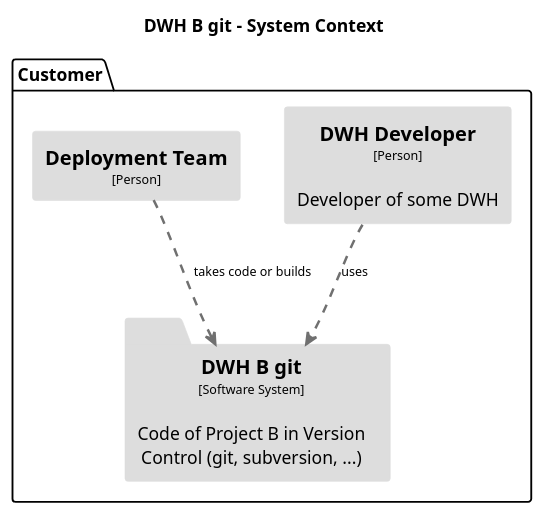
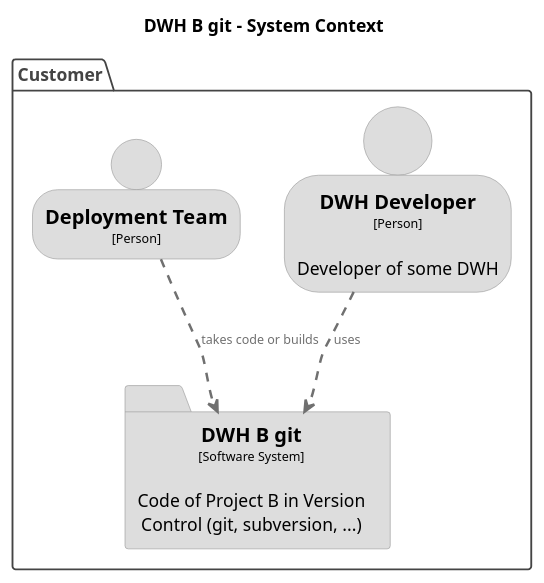
One commit to DataHandwerk/dhw-antora-docs changed the diagram in docs/modules/arc/partials/c4_dsl/puml/structurizr-DWHBgit-SystemContext.puml. Above: the diagram before and after it, drawn with PlantUML. The commit also changed 20 other files, not shown here.

Commit message:
update architecture a bit

```diff
--- a/docs/modules/arc/partials/c4_dsl/puml/structurizr-DWHBgit-SystemContext.puml
+++ b/docs/modules/arc/partials/c4_dsl/puml/structurizr-DWHBgit-SystemContext.puml
@@ -1,35 +1,44 @@
-@startuml(id=DWHBgit-SystemContext)
+@startuml
 title DWH B git - System Context
+
+top to bottom direction
 
 skinparam {
   shadowing false
   arrowFontSize 10
   defaultTextAlignment center
   wrapWidth 200
   maxMessageSize 100
 }
+
 hide stereotype
-top to bottom direction
-skinparam rectangle<<1>> {
+
+skinparam folder<<DWHBgit>> {
   BackgroundColor #dddddd
   FontColor #000000
-  BorderColor #dddddd
+  BorderColor #9a9a9a
 }
-skinparam rectangle<<2>> {
+skinparam person<<DWHDeveloper>> {
   BackgroundColor #dddddd
   FontColor #000000
-  BorderColor #dddddd
+  BorderColor #9a9a9a
 }
-skinparam folder<<30>> {
+skinparam person<<DeploymentTeam>> {
   BackgroundColor #dddddd
   FontColor #000000
-  BorderColor #dddddd
+  BorderColor #9a9a9a
 }
-package "Customer" {
-  rectangle "==DWH Developer\n<size:10>[Person]</size>\n\nDeveloper of some DWH" <<1>> as 1
-  rectangle "==Deployment Team\n<size:10>[Person]</size>" <<2>> as 2
-  folder "==DWH B git\n<size:10>[Software System]</size>\n\nCode of Project B in Version Control (git, subversion, ...)" <<30>> as 30
+
+package "Customer" <<enterprise>> {
+  skinparam PackageBorderColor<<enterprise>> #444444
+  skinparam PackageFontColor<<enterprise>> #444444
+
+  person "==DWH Developer\n<size:10>[Person]</size>\n\nDeveloper of some DWH" <<DWHDeveloper>> as DWHDeveloper
+  person "==Deployment Team\n<size:10>[Person]</size>" <<DeploymentTeam>> as DeploymentTeam
+  folder "==DWH B git\n<size:10>[Software System]</size>\n\nCode of Project B in Version Control (git, subversion, ...)" <<DWHBgit>> as DWHBgit
 }
-1 .[#707070,thickness=2].> 30 : "uses"
-2 .[#707070,thickness=2].> 30 : "takes code or builds"
+
+
+DWHDeveloper .[#707070,thickness=2].> DWHBgit : "<color:#707070>uses"
+DeploymentTeam .[#707070,thickness=2].> DWHBgit : "<color:#707070>takes code or builds"
 @enduml
```
